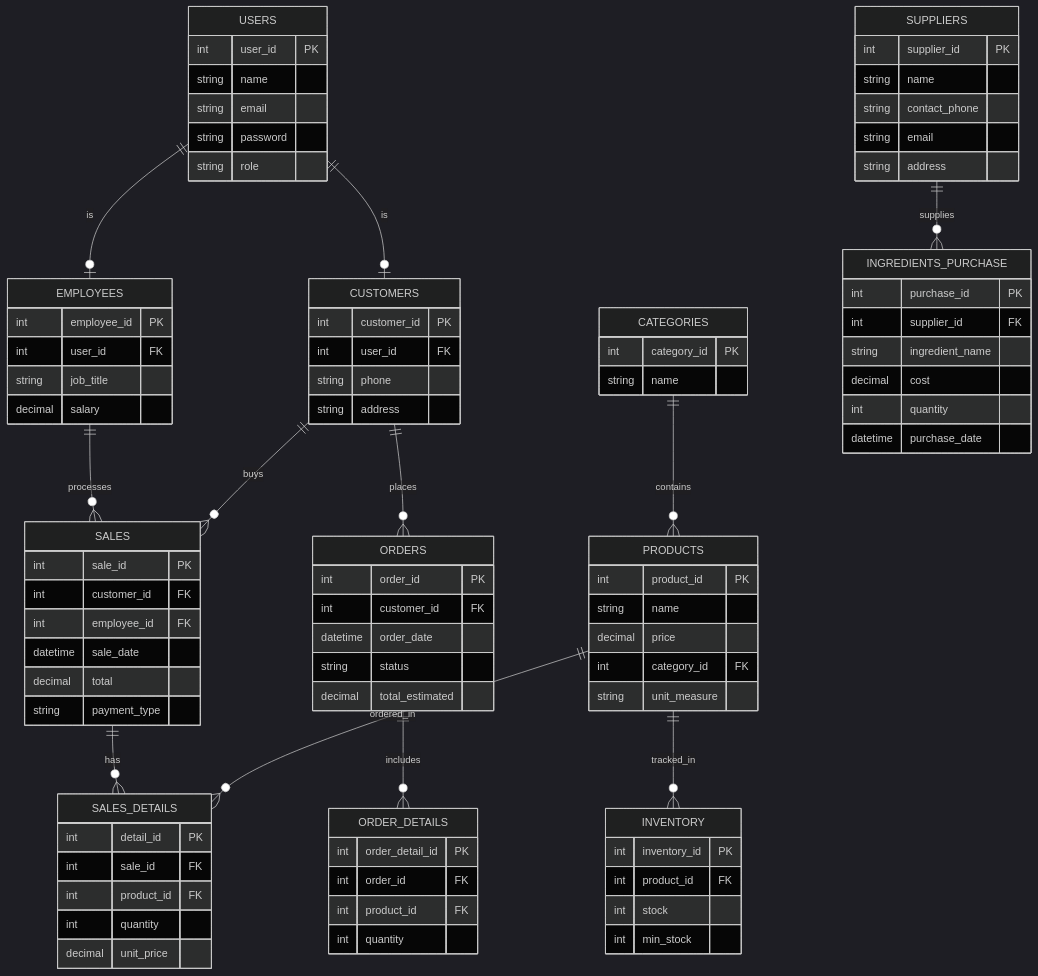
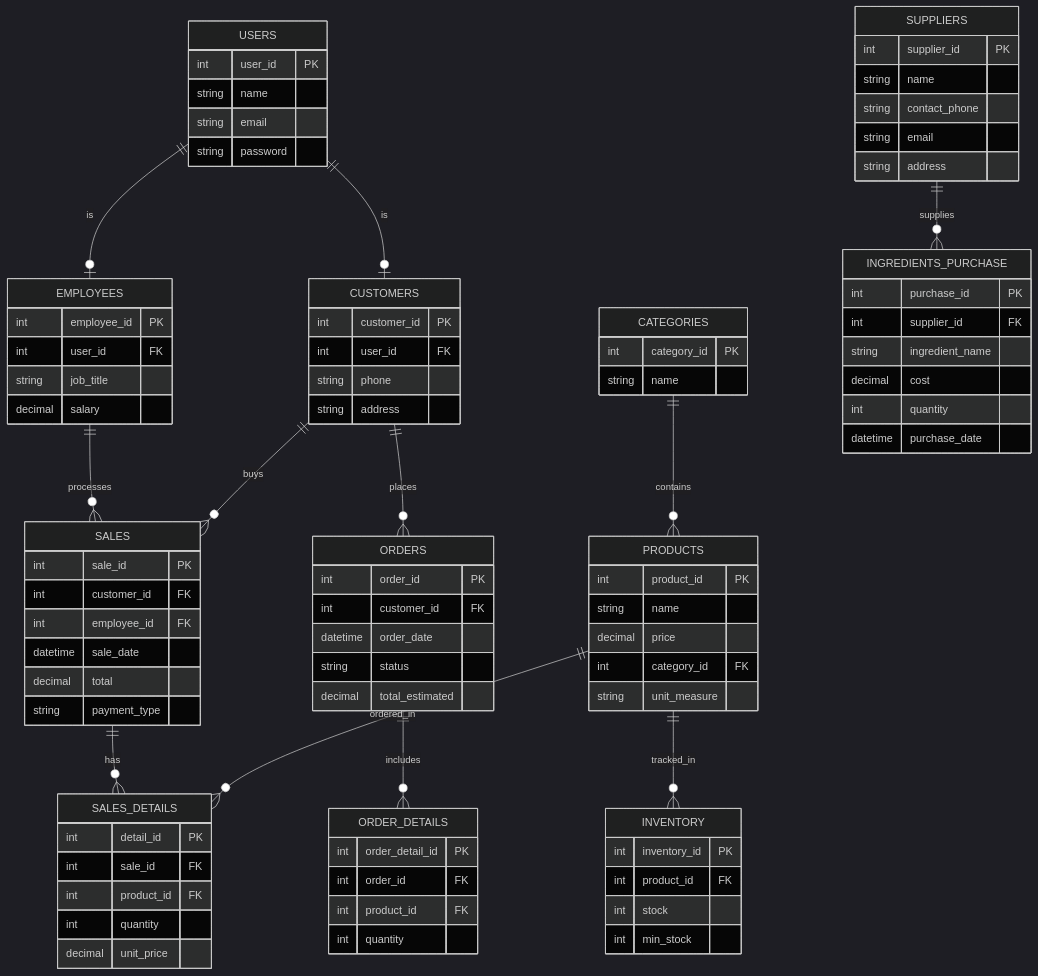
Before and after one commit to perezcalderondulcemariam3s1-gif/mielecita: the diagram in docs/erd_diagram.mmd, drawn with Mermaid (dark theme).

```diff
--- a/docs/erd_diagram.mmd
+++ b/docs/erd_diagram.mmd
@@ -1,103 +1,102 @@
 erDiagram
     USERS ||--o| CUSTOMERS : "is"
     USERS ||--o| EMPLOYEES : "is"
     CATEGORIES ||--o{ PRODUCTS : "contains"
     PRODUCTS ||--o{ SALES_DETAILS : "ordered_in"
     SALES ||--o{ SALES_DETAILS : "has"
     CUSTOMERS ||--o{ SALES : "buys"
     EMPLOYEES ||--o{ SALES : "processes"
     PRODUCTS ||--o{ INVENTORY : "tracked_in"
     SUPPLIERS ||--o{ INGREDIENTS_PURCHASE : "supplies"
     CUSTOMERS ||--o{ ORDERS : "places"
     ORDERS ||--o{ ORDER_DETAILS : "includes"
 
     USERS {
         int user_id PK
         string name
         string email
         string password
-        string role
     }
 
     CUSTOMERS {
         int customer_id PK
         int user_id FK
         string phone
         string address
     }
 
     EMPLOYEES {
         int employee_id PK
         int user_id FK
         string job_title
         decimal salary
     }
 
     ORDERS {
         int order_id PK
         int customer_id FK
         datetime order_date
         string status
         decimal total_estimated
     }
 
     ORDER_DETAILS {
         int order_detail_id PK
         int order_id FK
         int product_id FK
         int quantity
     }
 
     PRODUCTS {
         int product_id PK
         string name
         decimal price
         int category_id FK
         string unit_measure
     }
 
     SALES {
         int sale_id PK
         int customer_id FK
         int employee_id FK
         datetime sale_date
         decimal total
         string payment_type
     }
 
     SALES_DETAILS {
         int detail_id PK
         int sale_id FK
         int product_id FK
         int quantity
         decimal unit_price
     }
 
     INVENTORY {
         int inventory_id PK
         int product_id FK
         int stock
         int min_stock
     }
 
     CATEGORIES {
         int category_id PK
         string name
     }
 
     SUPPLIERS {
         int supplier_id PK
         string name
         string contact_phone
         string email
         string address
     }
 
     INGREDIENTS_PURCHASE {
         int purchase_id PK
         int supplier_id FK
         string ingredient_name
         decimal cost
         int quantity
         datetime purchase_date
     }
```
